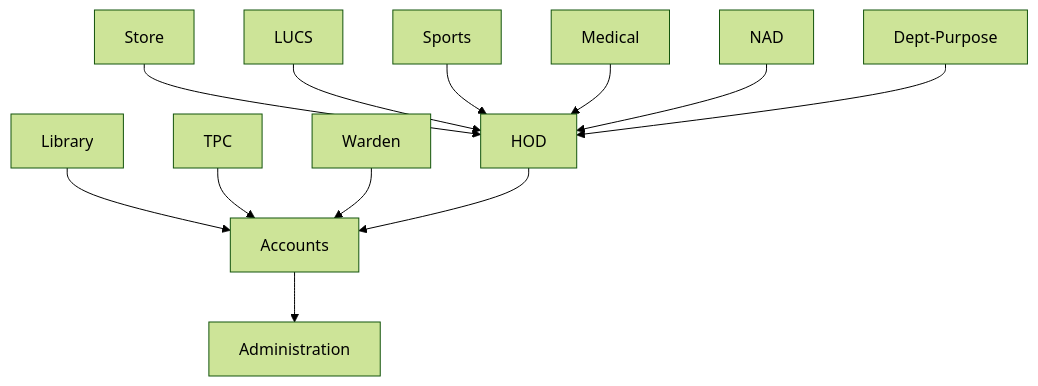
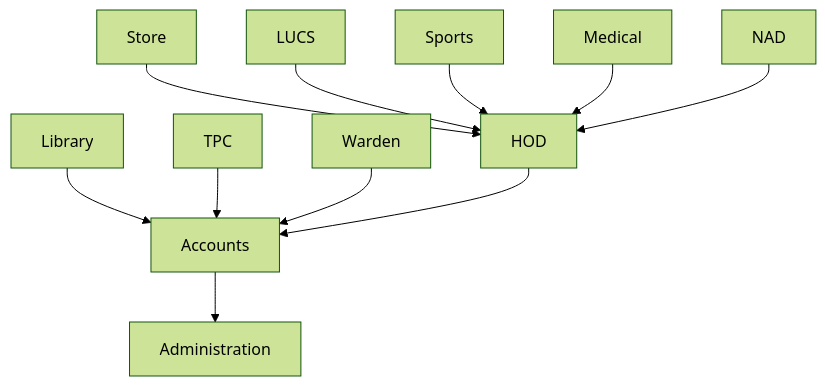
The second of 4 diagrams in docs/DESIGN.md (manashatwar/LNMIIT-NO-DUES-PORTAL), drawn with Mermaid (forest theme) before and after one commit. The commit also changed other lines of this file and 13 other files, not shown here.

````diff
--- a/docs/DESIGN.md
+++ b/docs/DESIGN.md
@@ -159,14 +159,13 @@
 ```mermaid
 flowchart TD
     STO[Store] --> HOD
     LUCS[LUCS] --> HOD
     SPO[Sports] --> HOD
     MED[Medical] --> HOD
     NAD[NAD] --> HOD
-    DEP[Dept-Purpose] --> HOD
     LIB[Library] --> ACC[Accounts]
     TPC[TPC] --> ACC
     WAR[Warden] --> ACC
     HOD[HOD] --> ACC
     ACC --> ADM[Administration]
 ```
````
